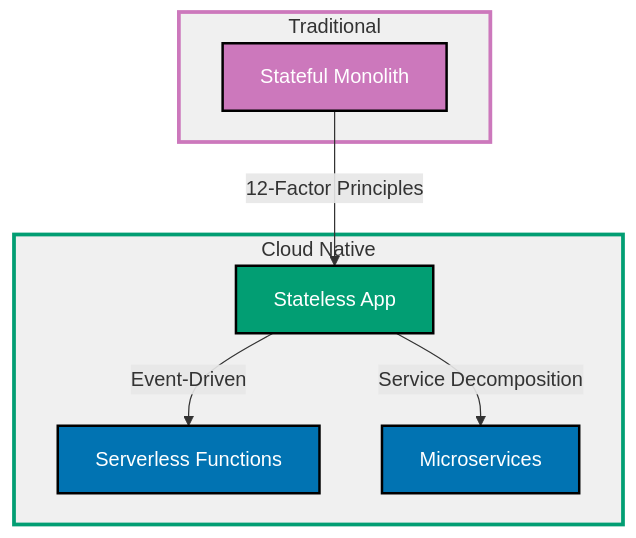
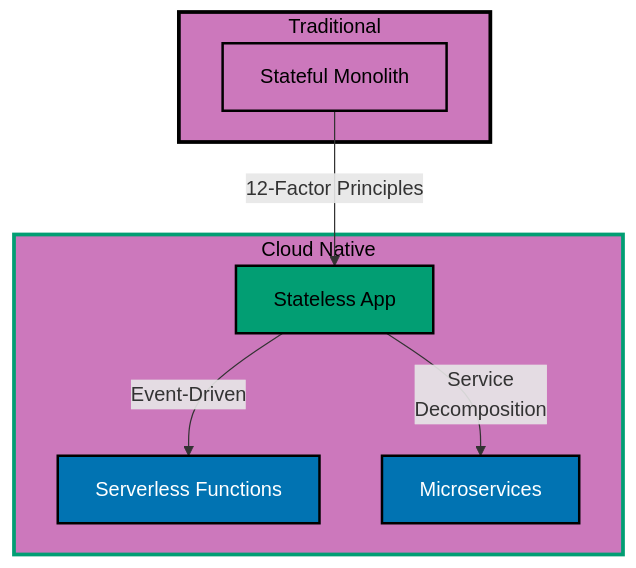
The diagram in apps/ayokoding-www/content/en/learn/legacy/software-engineering/programming-languages/typescript/in-the-field/cloud-native-patterns.md (wahidyankf/ose-public), drawn with Mermaid before and after one commit. The commit also changed 112 other files, not shown here.

First line of the commit message:
fix(mermaid): bring the legacy programming-languages diagrams onto the accessible palette

````diff
--- a/apps/ayokoding-www/content/en/learn/legacy/software-engineering/programming-languages/typescript/in-the-field/cloud-native-patterns.md
+++ b/apps/ayokoding-www/content/en/learn/legacy/software-engineering/programming-languages/typescript/in-the-field/cloud-native-patterns.md
@@ -723,31 +723,36 @@
 ```mermaid
 %% Color Palette: Blue #0173B2, Orange #DE8F05, Teal #029E73, Purple #CC78BC
 %% All colors are color-blind friendly and meet WCAG AA contrast standards
 
 graph TB
+    accTitle: Cloud Native Progression Diagram
+    accDescr: Graph with 4 nodes and 3 connections. Nodes: Stateful Monolith, Stateless App, Serverless Functions, Microservices. Connections: Stateful Monolith to Stateless App (12-Factor Principles), Stateless App to Serverless Functions (Event-Driven), Stateless App to Microservices (Service Decomposition).
     A[Stateful Monolith] -->|12-Factor Principles| B[Stateless App]
     B -->|Event-Driven| C[Serverless Functions]
-    B -->|Service Decomposition| D[Microservices]
+    B -->|Service<br/>Decomposition| D[Microservices]
 
     A:::standard
     B:::framework
     C:::production
     D:::production
 
-    classDef standard fill:#CC78BC,stroke:#000000,color:#FFFFFF,stroke-width:2px
-    classDef framework fill:#029E73,stroke:#000000,color:#FFFFFF,stroke-width:2px
+    classDef standard fill:#CC78BC,stroke:#000000,color:#000000,stroke-width:2px
+    classDef framework fill:#029E73,stroke:#000000,color:#000000,stroke-width:2px
     classDef production fill:#0173B2,stroke:#000000,color:#FFFFFF,stroke-width:2px
 
     subgraph Traditional[" Traditional "]
         A
     end
 
     subgraph CloudNative[" Cloud Native "]
         B
         C
         D
     end
 
-    style Traditional fill:#F0F0F0,stroke:#CC78BC,stroke-width:3px
-    style CloudNative fill:#F0F0F0,stroke:#029E73,stroke-width:3px
+    classDef pal-CC78BC fill:#CC78BC,stroke:#000000,color:#000000,stroke-width:3px
+    class Traditional pal-CC78BC
+    classDef pal-CC78BC-2 fill:#CC78BC,stroke:#029E73,color:#000000,stroke-width:3px
+    class CloudNative pal-CC78BC-2
+    classDef default fill:#FFFFFF,stroke:#000000,color:#000000
 ```
````
